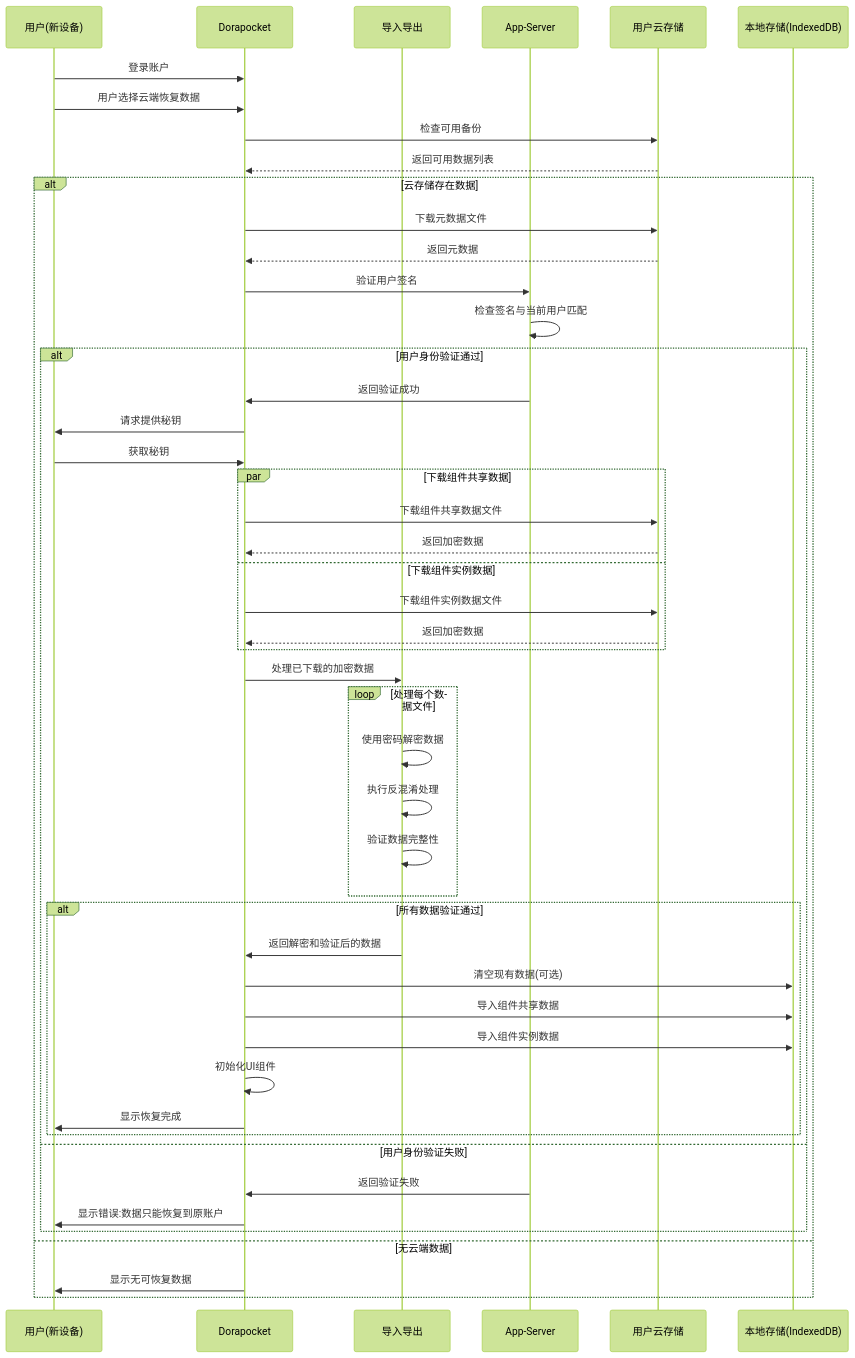
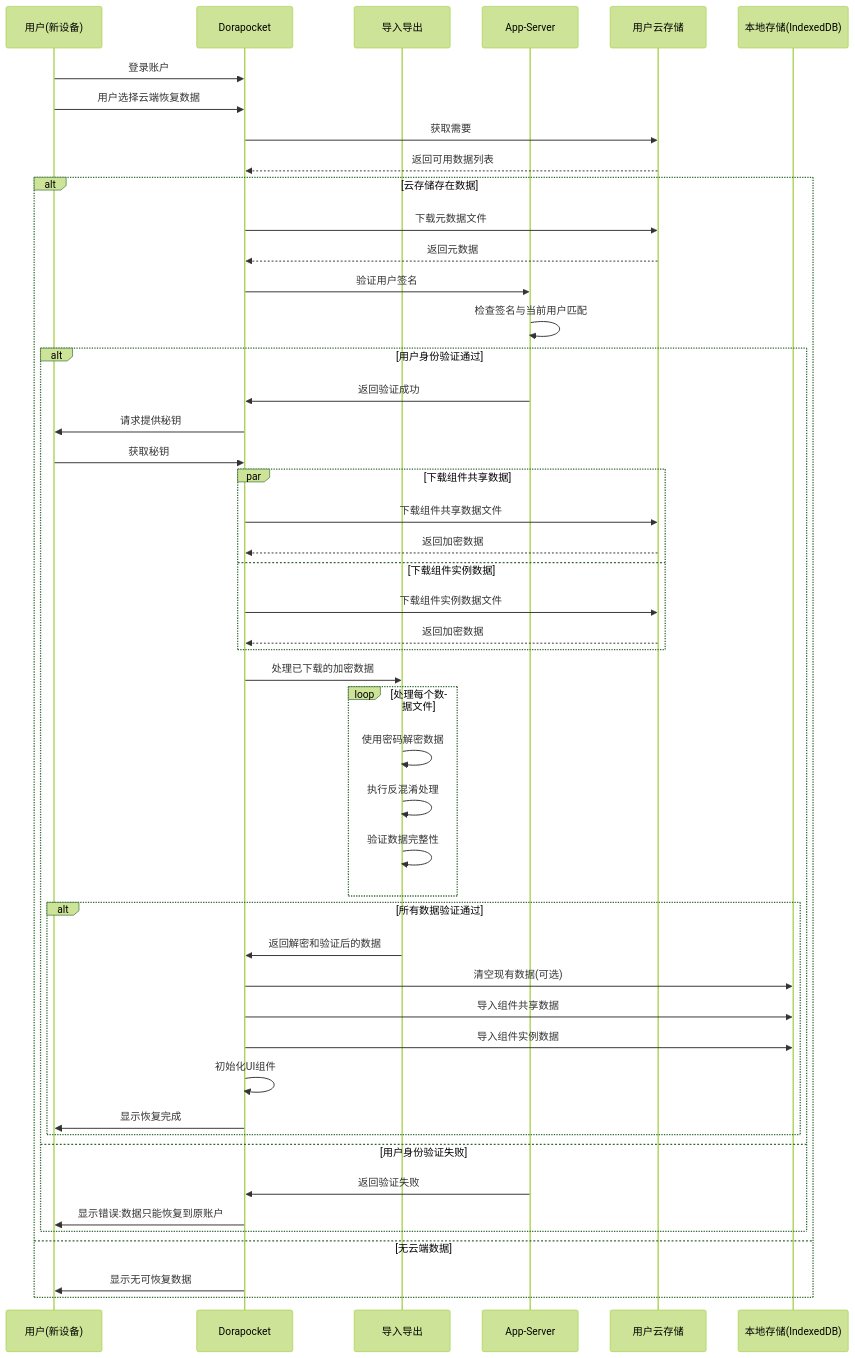
Before and after one commit to yingjianzh/iodraw-files: the diagram in all/未命名-38.md, drawn with Mermaid (forest theme).

Commit message:
2025-04-21 13:46:37 update

````diff
--- a/all/未命名-38.md
+++ b/all/未命名-38.md
@@ -1,65 +1,64 @@
 ```mermaid
 
 sequenceDiagram
     participant User as 用户(新设备)
     participant App as Dorapocket
     participant Security as 导入导出
     participant AppServer as App-Server
     participant UserCloud as 用户云存储
     participant LocalDB as 本地存储(IndexedDB)
     
     User->>App: 登录账户
     User->>App: 用户选择云端恢复数据
-
     
-    App->>UserCloud: 检查可用备份
+    App->>UserCloud: 获取需要
     UserCloud-->>App: 返回可用数据列表
     
     alt 云存储存在数据
         
         App->>UserCloud: 下载元数据文件
         UserCloud-->>App: 返回元数据
         
         App->>AppServer: 验证用户签名
         AppServer->>AppServer: 检查签名与当前用户匹配
         
         alt 用户身份验证通过
             AppServer->>App: 返回验证成功
             
             App->>User: 请求提供秘钥
             User->>App: 获取秘钥
             
             par 下载组件共享数据
                 App->>UserCloud: 下载组件共享数据文件
                 UserCloud-->>App: 返回加密数据
             and 下载组件实例数据
                 App->>UserCloud: 下载组件实例数据文件
                 UserCloud-->>App: 返回加密数据
             end
             
             App->>Security: 处理已下载的加密数据
             loop 处理每个数据文件
                 Security->>Security: 使用密码解密数据
                 Security->>Security: 执行反混淆处理
                 Security->>Security: 验证数据完整性
             end
             
             alt 所有数据验证通过
                 Security->>App: 返回解密和验证后的数据
                 
                 App->>LocalDB: 清空现有数据(可选)
                 App->>LocalDB: 导入组件共享数据
                 App->>LocalDB: 导入组件实例数据
                 
                 App->>App: 初始化UI组件
                 App->>User: 显示恢复完成
             end
         else 用户身份验证失败
             AppServer->>App: 返回验证失败
             App->>User: 显示错误:数据只能恢复到原账户
         end
     else 无云端数据
         App->>User: 显示无可恢复数据
     end
 
 ```
````
